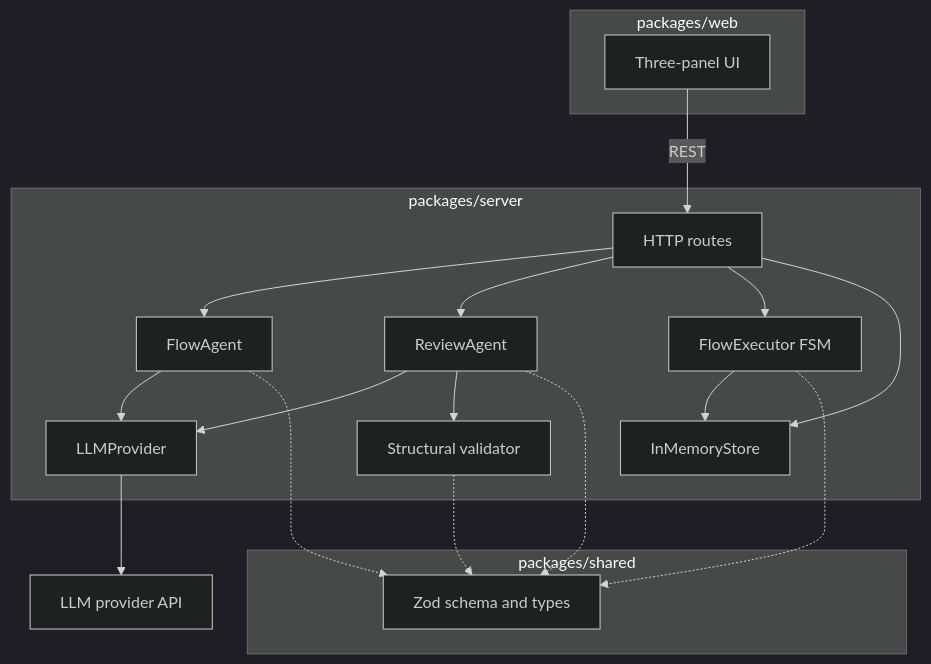
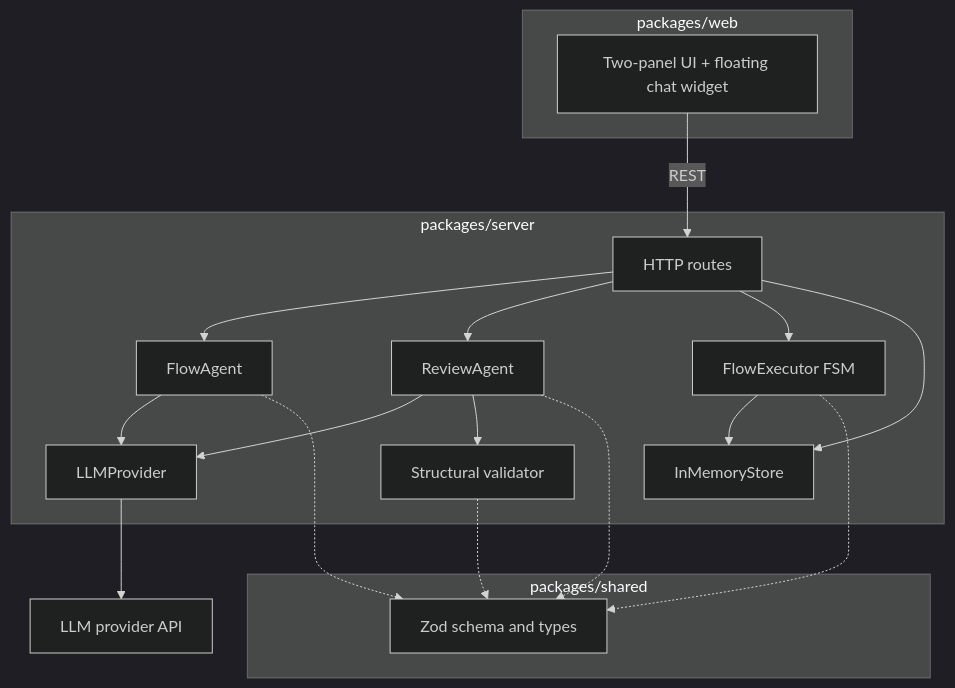
Before and after one commit to mikeyangyun/Wati-Automation-Copilot: the diagram in README.md, drawn with Mermaid (dark theme). The commit also changed other lines of this file and 6 other files, not shown here.

Commit message:
feat: update DEMO.md and PRODUCT.md to clarify UI structure and user journey, enhance README.md with detailed descriptions of the two-panel layout and floating chat widget, and improve documentation consistency across agile team roles and responsibilities

````diff
--- a/README.md
+++ b/README.md
@@ -164,35 +167,35 @@
 ```mermaid
 flowchart TB
     subgraph web [packages/web]
-        ui[Three-panel UI]
+        ui[Two-panel UI + floating chat widget]
     end
 
     subgraph server [packages/server]
         routes[HTTP routes]
         flowAgent[FlowAgent]
         reviewAgent[ReviewAgent]
         validator[Structural validator]
         executor[FlowExecutor FSM]
         store[InMemoryStore]
         llm[LLMProvider]
     end
 
     subgraph shared [packages/shared]
         schema[Zod schema and types]
     end
 
     ui -->|REST| routes
     routes --> flowAgent
     routes --> reviewAgent
     routes --> executor
     routes --> store
     flowAgent --> llm
     reviewAgent --> llm
     reviewAgent --> validator
     executor --> store
     flowAgent -.-> schema
     reviewAgent -.-> schema
     executor -.-> schema
     validator -.-> schema
     llm --> llmExt[LLM provider API]
 ```
````
